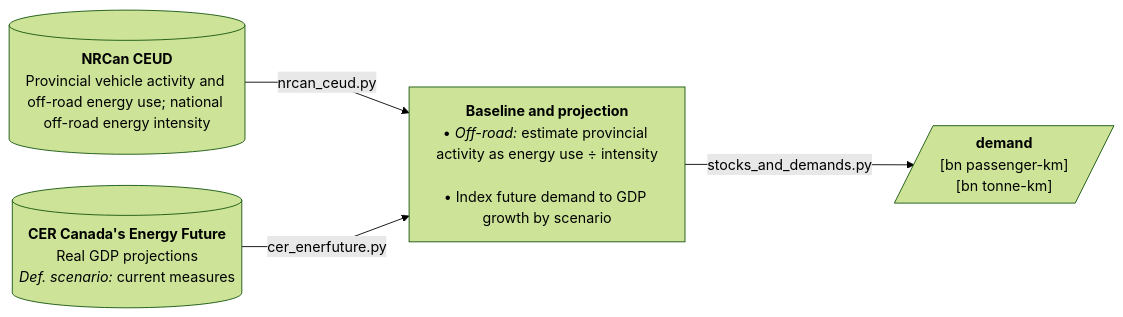
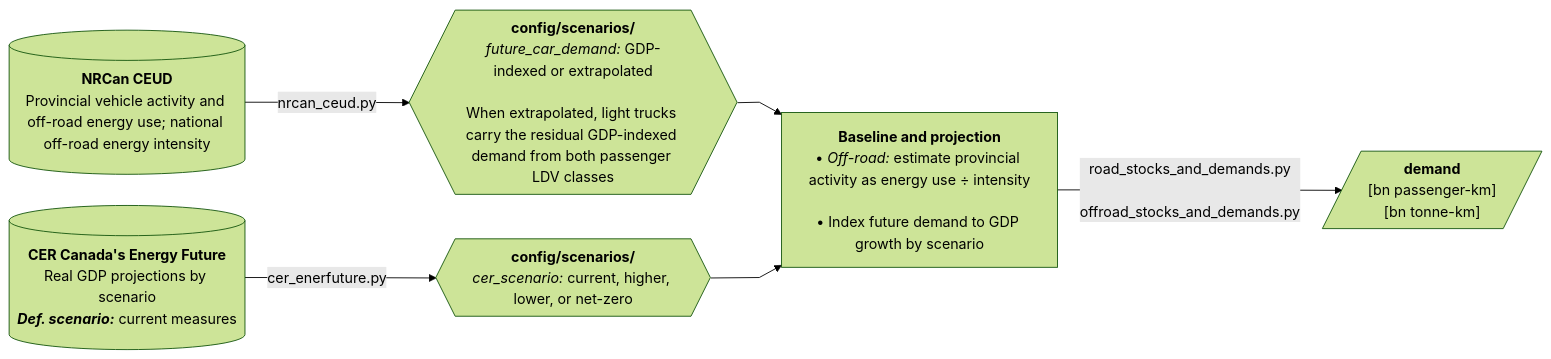
The fifth of 14 diagrams in README.md (CANOE-main/canoe-transportation), drawn with Mermaid (forest theme) before and after one commit. The commit also changed other lines of this file and 14 other files, not shown here.

````diff
--- a/README.md
+++ b/README.md
@@ -294,27 +395,39 @@
 ```mermaid
 ---
 config:
   layout: dagre
   flowchart:
     nodeSpacing: 35
     rankSpacing: 50
     wrappingWidth: 250
     curve: linear
 ---
 flowchart LR
-  %% --- Sources ---
-  s0[("`**NRCan CEUD**<br>Provincial vehicle activity and off-road energy use; national off-road energy intensity`")]
-  s1[("`**CER Canada's Energy Future**<br>Real GDP projections<br>*Def. scenario:* current measures`")]
+  %% ############ Sources ###########
+  s0[("`**NRCan CEUD**
+    Provincial vehicle activity and off-road energy use; national off-road energy intensity`")]
+  s1[("`**CER Canada's Energy Future**
+    Real GDP projections by scenario
+    ***Def. scenario:*** current measures`")]
 
-  %% --- Processes ---
-  p1["`**Baseline and projection**<br>• *Off-road:* estimate provincial activity as energy use ÷ intensity<br><br>• Index future demand to GDP growth by scenario`"]
+  %% ############ Processes ###########
+  p0@{shape: hex, label: "**config/scenarios/**
+    *future_car_demand:* GDP-indexed or extrapolated<br>
+    When extrapolated, light trucks carry the residual GDP-indexed demand from both passenger LDV classes"}
+  p0_2@{shape: hex, label: "**config/scenarios/**
+    *cer_scenario:* current, higher, lower, or net-zero"}
+  p1["`**Baseline and projection**
+    • *Off-road:* estimate provincial activity as energy use ÷ intensity<br>
+    • Index future demand to GDP growth by scenario`"]
 
-  s0 -- nrcan_ceud.py --> p1
-  s1 -- cer_enerfuture.py --> p1
-
-  p1 -- stocks_and_demands.py --> o1[/"`**demand**<br>[bn passenger-km]<br>[bn tonne-km]`"/]
+  s0 -- nrcan_ceud.py --> p0 --> p1
+  s1 -- cer_enerfuture.py --> p0_2 --> p1
+  p1 -- road_stocks_and_demands.py
+  offroad_stocks_and_demands.py --> o1[/"`**demand**
+    [bn passenger-km]
+    [bn tonne-km]`"/]
 
   %% --- Hyperlinks ---
   click s0 "https://oee.nrcan.gc.ca/corporate/statistics/neud/dpa/menus/trends/comprehensive_tables/list.cfm"
   click s1 "https://open.canada.ca/data/en/dataset/07c42deb-9435-43b9-a416-7ce316f3893d"
 ```
````
